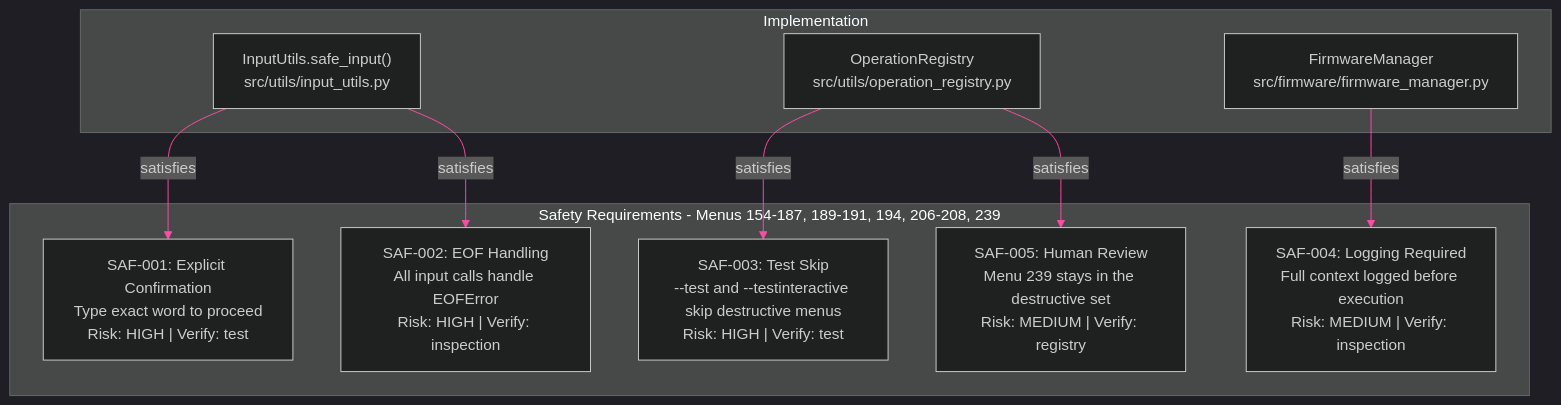
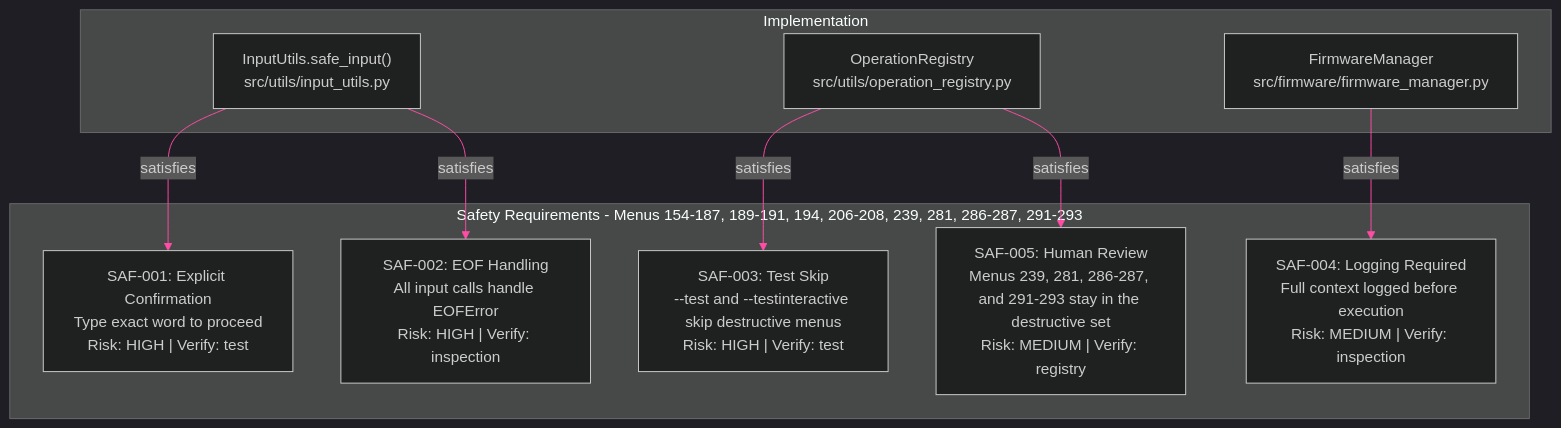
Before and after one commit to jmorrison-juniper/MistHelper: the third of 3 diagrams in documentation/diagrams/operations/operations-reference.md, drawn with Mermaid. The commit also changed other lines of this file and 23 other files, not shown here.

First line of the commit message:
feat(menu): wire final fleet menus

````diff
--- a/documentation/diagrams/operations/operations-reference.md
+++ b/documentation/diagrams/operations/operations-reference.md
@@ -96,31 +96,31 @@
 ```mermaid
 %%{init: {'theme': 'dark', 'themeVariables': {
   'primaryColor': '#E20074',
   'primaryTextColor': '#E0E0E0',
   'primaryBorderColor': '#99004D',
   'lineColor': '#FF4DA6',
   'secondaryColor': '#16213E',
   'tertiaryColor': '#1A1A2E',
   'fontFamily': 'ui-monospace, monospace'
 }}}%%
 flowchart TB
-    subgraph requirements["Safety Requirements - Menus 154-187, 189-191, 194, 206-208, 239"]
+    subgraph requirements["Safety Requirements - Menus 154-187, 189-191, 194, 206-208, 239, 281, 286-287, 291-293"]
         SAF001["SAF-001: Explicit Confirmation<br/>Type exact word to proceed<br/>Risk: HIGH | Verify: test"]
         SAF002["SAF-002: EOF Handling<br/>All input calls handle EOFError<br/>Risk: HIGH | Verify: inspection"]
         SAF003["SAF-003: Test Skip<br/>--test and --testinteractive skip destructive menus<br/>Risk: HIGH | Verify: test"]
         SAF004["SAF-004: Logging Required<br/>Full context logged before execution<br/>Risk: MEDIUM | Verify: inspection"]
-        SAF005["SAF-005: Human Review<br/>Menu 239 stays in the destructive set<br/>Risk: MEDIUM | Verify: registry"]
+        SAF005["SAF-005: Human Review<br/>Menus 239, 281, 286-287, and 291-293 stay in the destructive set<br/>Risk: MEDIUM | Verify: registry"]
     end
 
     subgraph impl["Implementation"]
         si["InputUtils.safe_input()<br/>src/utils/input_utils.py"]
         registry["OperationRegistry<br/>src/utils/operation_registry.py"]
         fm["FirmwareManager<br/>src/firmware/firmware_manager.py"]
     end
 
     si -->|satisfies| SAF001
     si -->|satisfies| SAF002
     registry -->|satisfies| SAF003
     registry -->|satisfies| SAF005
     fm -->|satisfies| SAF004
 ```
````
